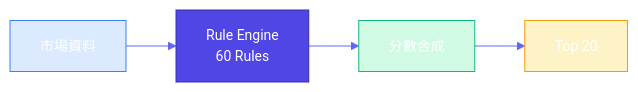
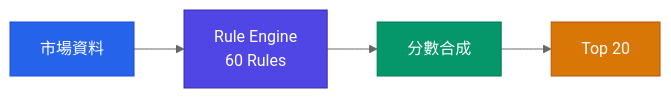
The first of 3 diagrams in docs/RULE_ENGINE.md (Neal75418/afterclose), drawn with Mermaid before and after one commit. The commit also changed other lines of this file and 6 other files, not shown here.

First line of the commit message:
docs: update documentation — test counts, dark-mode Mermaid, CHANGELOG entries, anchor fixes

````diff
--- a/docs/RULE_ENGINE.md
+++ b/docs/RULE_ENGINE.md
@@ -11,12 +11,12 @@
 ```mermaid
-%%{init: {'theme': 'base', 'themeVariables': {'primaryColor': '#4F46E5', 'primaryTextColor': '#fff', 'primaryBorderColor': '#3730A3', 'lineColor': '#6366F1', 'fontSize': '14px'}}}%%
+%%{init: {'theme': 'neutral'}}%%
 flowchart LR
     Data["市場資料"] --> Engine["Rule Engine\n60 Rules"]
     Engine --> Score["分數合成"]
     Score --> Top["Top 20"]
 
-    style Data fill:#DBEAFE,stroke:#3B82F6
+    style Data fill:#2563EB,color:#fff,stroke:#1D4ED8
     style Engine fill:#4F46E5,stroke:#3730A3,color:#fff
-    style Score fill:#D1FAE5,stroke:#10B981
-    style Top fill:#FEF3C7,stroke:#F59E0B
+    style Score fill:#059669,color:#fff,stroke:#047857
+    style Top fill:#D97706,color:#fff,stroke:#B45309
 ```
````
